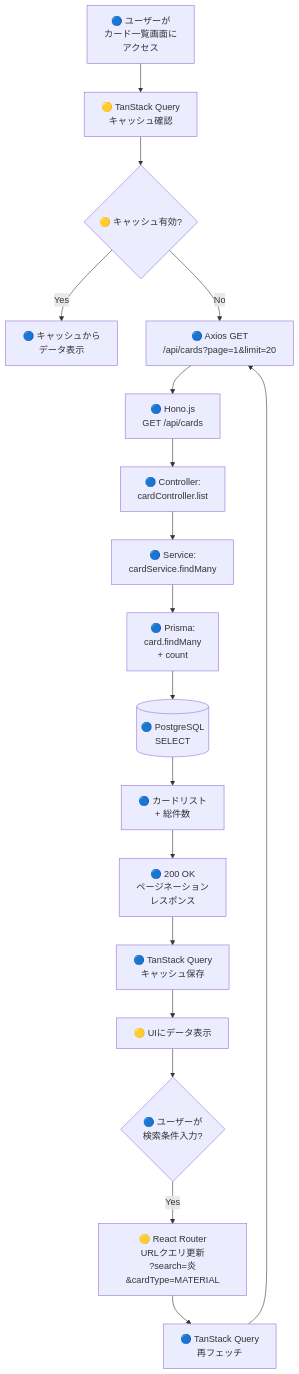
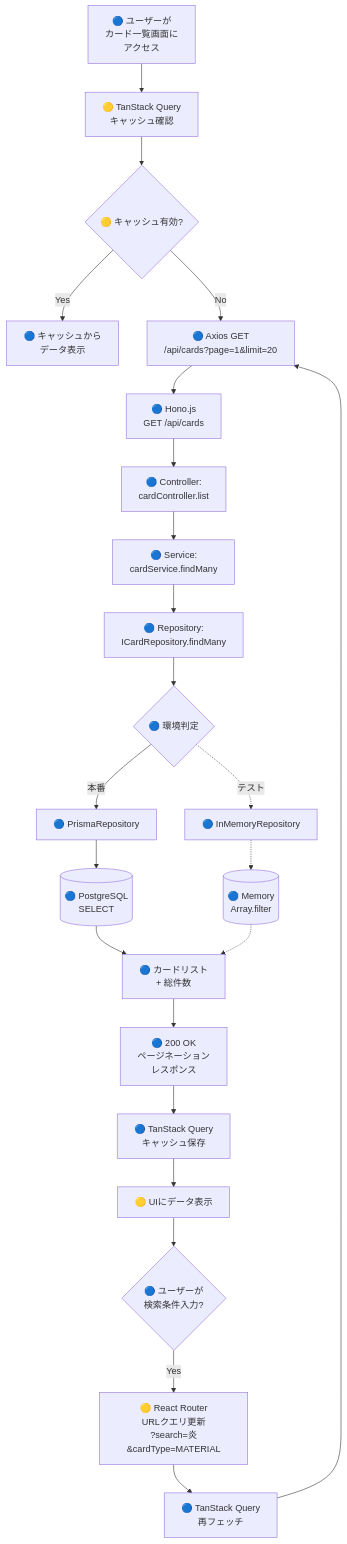
Before and after one commit to yaguma/atelier_resource_management: the third of 11 diagrams in docs/design/resource-management-webapp/dataflow.md, drawn with Mermaid. The commit also changed other lines of this file and 4 other files, not shown here.

````diff
--- a/docs/design/resource-management-webapp/dataflow.md
+++ b/docs/design/resource-management-webapp/dataflow.md
@@ -89,21 +105,26 @@
 ```mermaid
 flowchart TD
     A[🔵 ユーザーが<br/>カード一覧画面に<br/>アクセス] --> B[🟡 TanStack Query<br/>キャッシュ確認]
     B --> C{🟡 キャッシュ有効?}
     C -->|Yes| D[🔵 キャッシュから<br/>データ表示]
     C -->|No| E[🔵 Axios GET<br/>/api/cards?page=1&limit=20]
     E --> F[🔵 Hono.js<br/>GET /api/cards]
     F --> G[🔵 Controller:<br/>cardController.list]
     G --> H[🔵 Service:<br/>cardService.findMany]
-    H --> I[🔵 Prisma:<br/>card.findMany<br/>+ count]
-    I --> J[(🔵 PostgreSQL<br/>SELECT)]
-    J --> K[🔵 カードリスト<br/>+ 総件数]
-    K --> L[🔵 200 OK<br/>ページネーション<br/>レスポンス]
+    H --> H1[🔵 Repository:<br/>ICardRepository.findMany]
+    H1 --> H2{🔵 環境判定}
+    H2 -->|本番| H3[🔵 PrismaRepository]
+    H2 -.->|テスト| H4[🔵 InMemoryRepository]
+    H3 --> I[(🔵 PostgreSQL<br/>SELECT)]
+    H4 -.-> I1[(🔵 Memory<br/>Array.filter)]
+    I --> J[🔵 カードリスト<br/>+ 総件数]
+    I1 -.-> J
+    J --> L[🔵 200 OK<br/>ページネーション<br/>レスポンス]
     L --> M[🔵 TanStack Query<br/>キャッシュ保存]
     M --> N[🟡 UIにデータ表示]
 
     N --> O{🔵 ユーザーが<br/>検索条件入力?}
     O -->|Yes| P[🟡 React Router<br/>URLクエリ更新<br/>?search=炎&cardType=MATERIAL]
     P --> Q[🔵 TanStack Query<br/>再フェッチ]
     Q --> E
 ```
````
